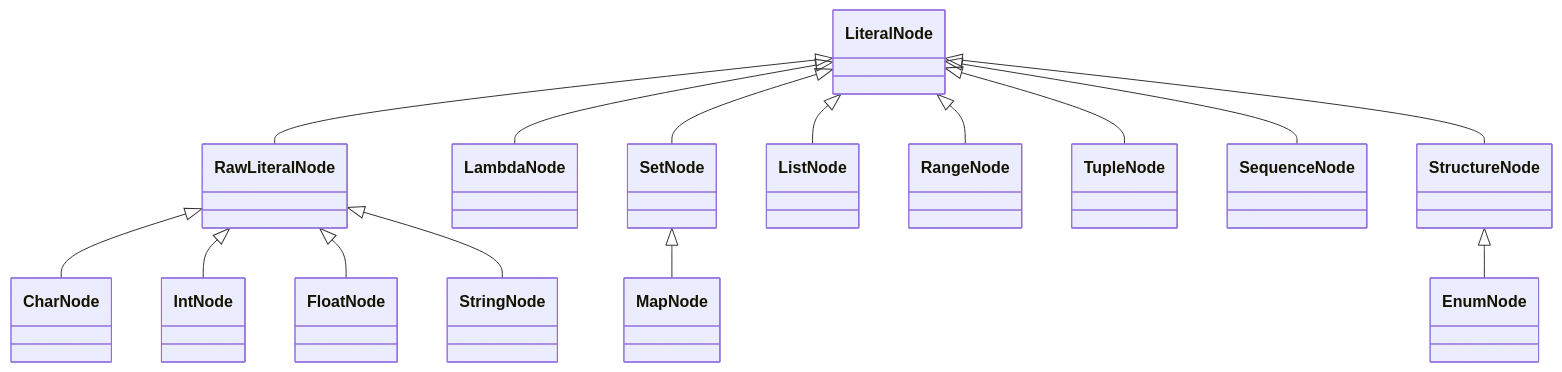
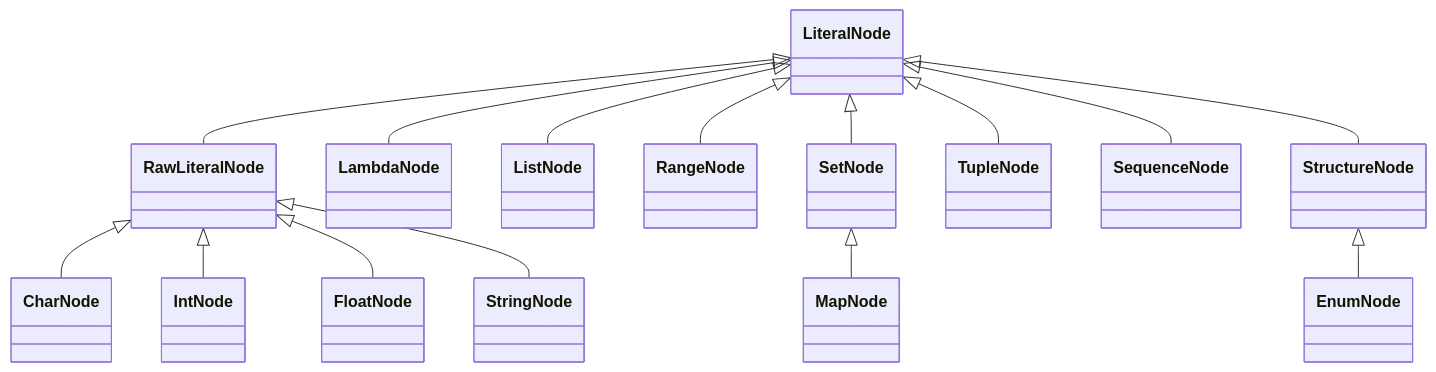
Before and after one commit to Jzhyang1/Monomer: the third of 4 diagrams in Implementation.md, drawn with Mermaid. The commit also changed other lines of this file, not shown here.

````diff
--- a/Implementation.md
+++ b/Implementation.md
@@ -132,20 +132,21 @@
 ```mermaid
 classDiagram
 LiteralNode <|-- RawLiteralNode
 RawLiteralNode <|-- CharNode
 RawLiteralNode <|-- IntNode
 RawLiteralNode <|-- FloatNode
 RawLiteralNode <|-- StringNode
 
 LiteralNode <|-- LambdaNode
+LiteralNode <|-- ListNode
+LiteralNode <|-- RangeNode
+
 LiteralNode <|-- SetNode
 SetNode <|-- MapNode
 
-LiteralNode <|-- ListNode
-LiteralNode <|-- RangeNode
 LiteralNode <|-- TupleNode
 LiteralNode <|-- SequenceNode
+
 LiteralNode <|-- StructureNode
-
 StructureNode <|-- EnumNode
 ```
````
